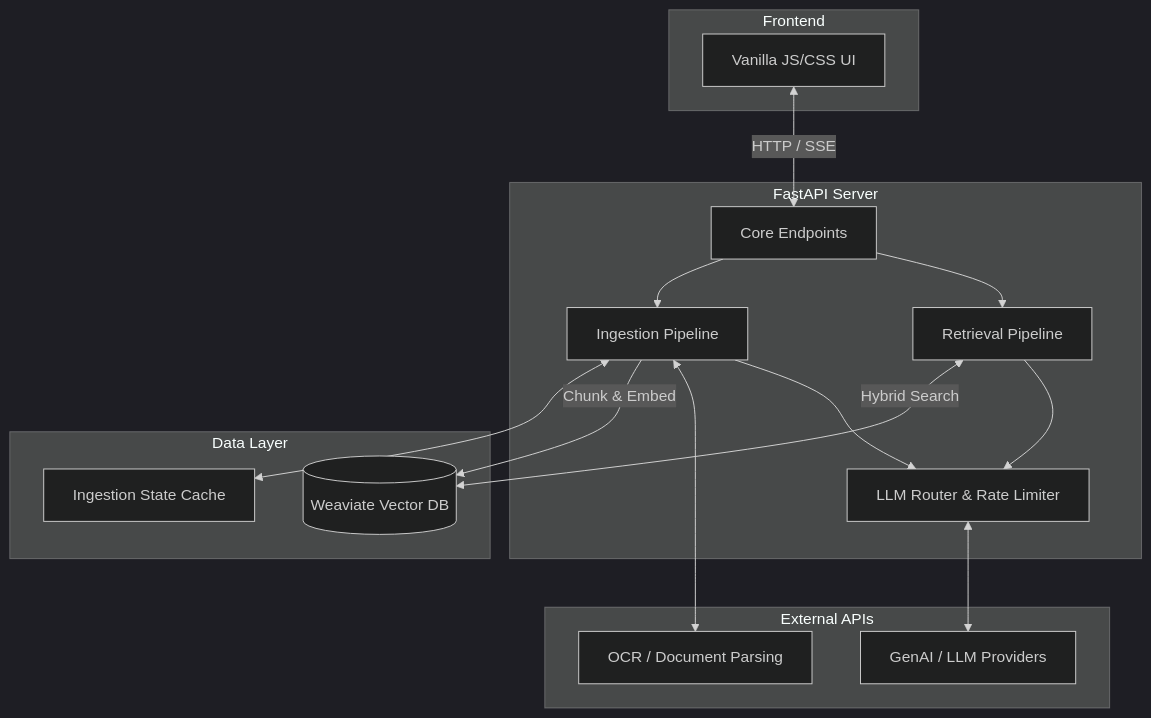
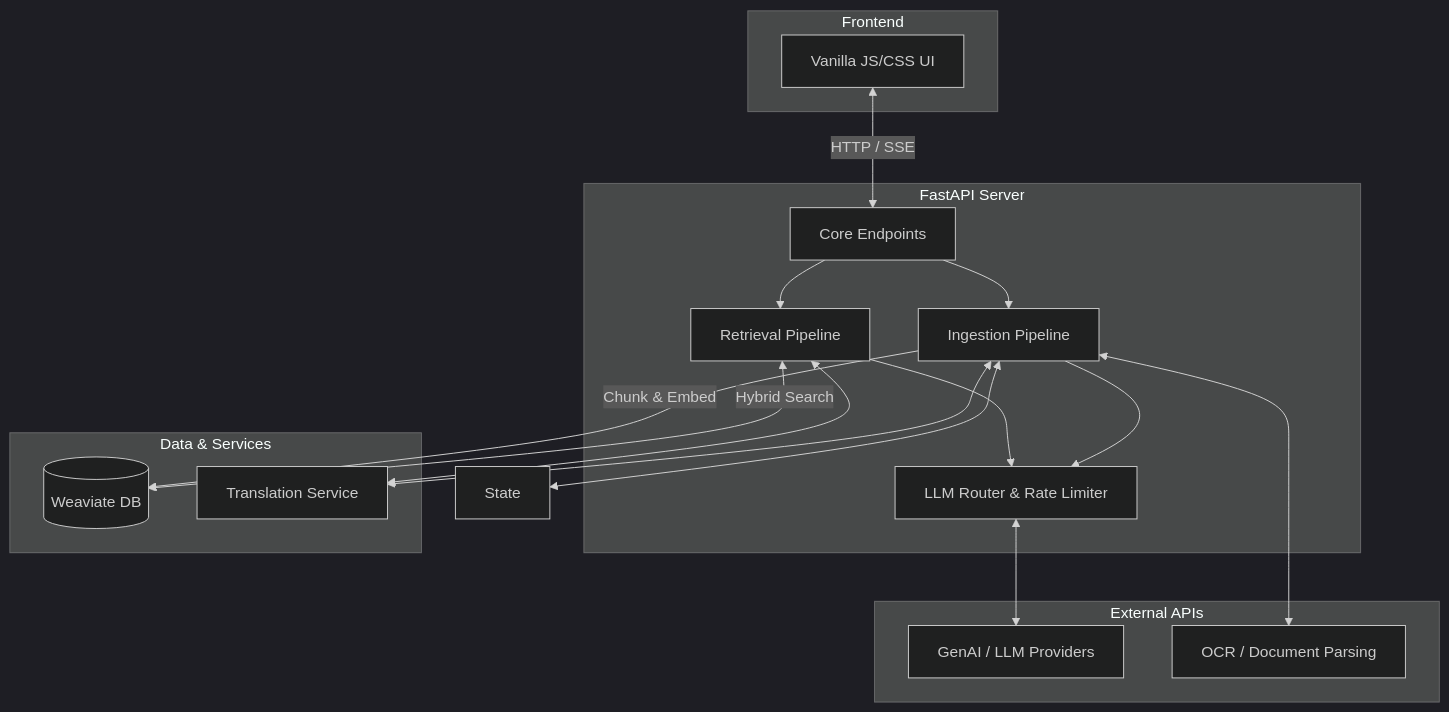
Before and after one commit to pushkqr/gov-assist-rag: the second of 2 diagrams in README.md, drawn with Mermaid (dark theme). The commit also changed other lines of this file, not shown here.

````diff
--- a/README.md
+++ b/README.md
@@ -60,34 +60,36 @@
 ```mermaid
 graph TD
     subgraph Frontend
         UI[Vanilla JS/CSS UI]
     end
 
     subgraph Backend [FastAPI Server]
         API[Core Endpoints]
         Router[LLM Router & Rate Limiter]
         Ingest[Ingestion Pipeline]
         Ret[Retrieval Pipeline]
     end
 
-    subgraph Data Layer
-        Weaviate[(Weaviate Vector DB)]
-        State[Ingestion State Cache]
+    subgraph Data & Services
+        Weaviate[(Weaviate DB)]
+        Translation[Translation Service]
     end
 
     subgraph External APIs
         LLM[GenAI / LLM Providers]
         DocAI[OCR / Document Parsing]
     end
 
     UI <-->|HTTP / SSE| API
     API --> Ret
     API --> Ingest
     Ret --> Router
     Ingest --> Router
     Router <--> LLM
     Ingest <--> DocAI
     Ingest -->|Chunk & Embed| Weaviate
     Ret <-->|Hybrid Search| Weaviate
     Ingest <--> State
+    Ret <--> Translation
+    Ingest <--> Translation
 ```
````
